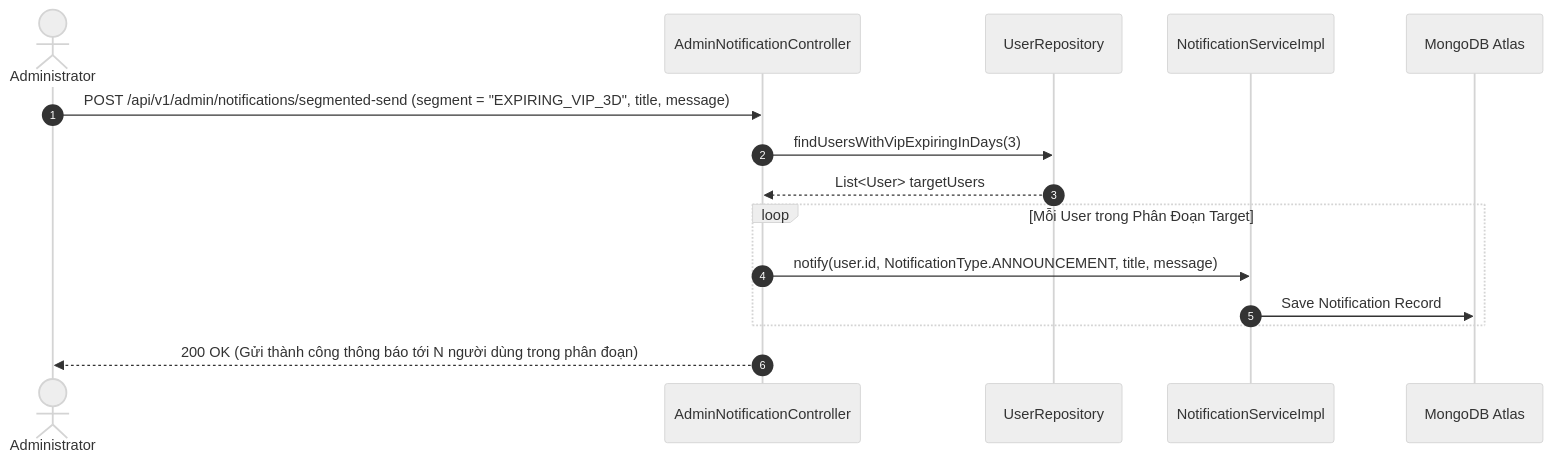
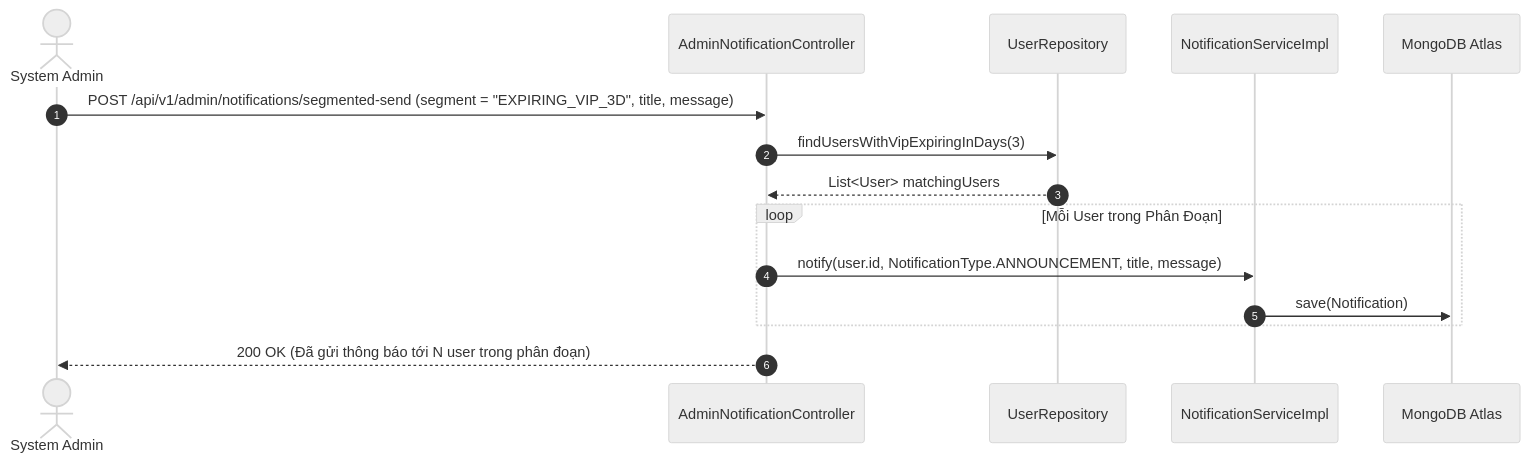
The sixth of 8 diagrams in docs/use-cases/UC-10-marketing-communication.md (The-MC-Hub/MC_Voice_Training_Backend), drawn with Mermaid (neutral theme) before and after one commit. The commit also changed other lines of this file and 12 other files, not shown here.

Commit message:
docs(use-cases): fully expand all sub-use-cases across all 13 UC files with dedicated Class Diagrams, Sequence Diagrams, and Unit Tests

````diff
--- a/docs/use-cases/UC-10-marketing-communication.md
+++ b/docs/use-cases/UC-10-marketing-communication.md
@@ -57,20 +105,20 @@
 ```mermaid
 sequenceDiagram
     autonumber
-    actor Admin as Administrator
+    actor Admin as System Admin
     participant Controller as AdminNotificationController
     participant UserRepo as UserRepository
     participant NotifService as NotificationServiceImpl
     participant DB as MongoDB Atlas
 
     Admin->>Controller: POST /api/v1/admin/notifications/segmented-send (segment = "EXPIRING_VIP_3D", title, message)
     Controller->>UserRepo: findUsersWithVipExpiringInDays(3)
-    UserRepo-->>Controller: List<User> targetUsers
+    UserRepo-->>Controller: List<User> matchingUsers
     
-    loop Mỗi User trong Phân Đoạn Target
+    loop Mỗi User trong Phân Đoạn
         Controller->>NotifService: notify(user.id, NotificationType.ANNOUNCEMENT, title, message)
-        NotifService->>DB: Save Notification Record
+        NotifService->>DB: save(Notification)
     end
     
-    Controller-->>Admin: 200 OK (Gửi thành công thông báo tới N người dùng trong phân đoạn)
+    Controller-->>Admin: 200 OK (Đã gửi thông báo tới N user trong phân đoạn)
 ```
````
